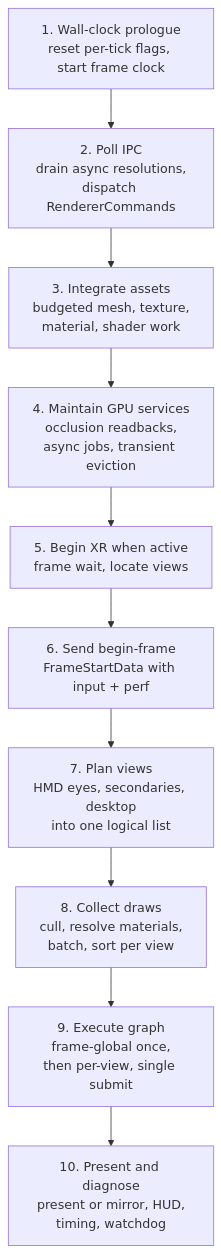
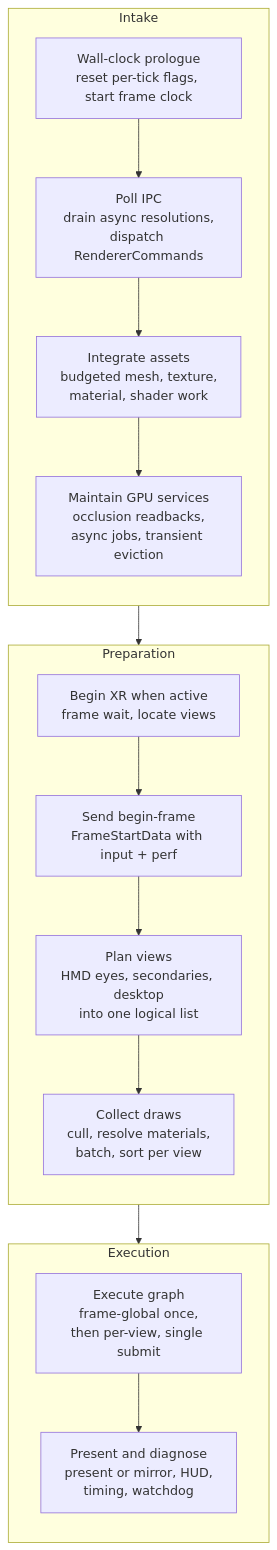
One commit to BlueAmulet/Renderide changed the sixth of 10 diagrams in CONTRIBUTING.md. Above: the diagram before and after it, drawn with Mermaid. The commit also changed other lines of this file, not shown here.

````diff
--- a/CONTRIBUTING.md
+++ b/CONTRIBUTING.md
@@ -410,15 +381,30 @@
 ```mermaid
 flowchart TB
-    P1[1. Wall-clock prologue<br/>reset per-tick flags, start frame clock]
-    P2[2. Poll IPC<br/>drain async resolutions,<br/>dispatch RendererCommands]
-    P3[3. Integrate assets<br/>budgeted mesh, texture,<br/>material, shader work]
-    P4[4. Maintain GPU services<br/>occlusion readbacks,<br/>async jobs, transient eviction]
-    P5[5. Begin XR when active<br/>frame wait, locate views]
-    P6[6. Send begin-frame<br/>FrameStartData with input + perf]
-    P7[7. Plan views<br/>HMD eyes, secondaries, desktop<br/>into one logical list]
-    P8[8. Collect draws<br/>cull, resolve materials,<br/>batch, sort per view]
-    P9[9. Execute graph<br/>frame-global once,<br/>then per-view, single submit]
-    P10[10. Present and diagnose<br/>present or mirror, HUD,<br/>timing, watchdog]
+    subgraph intake[Intake]
+        direction TB
+        P1[Wall-clock prologue<br/>reset per-tick flags, start frame clock]
+        P2[Poll IPC<br/>drain async resolutions,<br/>dispatch RendererCommands]
+        P3[Integrate assets<br/>budgeted mesh, texture,<br/>material, shader work]
+        P4[Maintain GPU services<br/>occlusion readbacks,<br/>async jobs, transient eviction]
+        P1 --> P2 --> P3 --> P4
+    end
 
-    P1 --> P2 --> P3 --> P4 --> P5 --> P6 --> P7 --> P8 --> P9 --> P10
+    subgraph prep[Preparation]
+        direction TB
+        P5[Begin XR when active<br/>frame wait, locate views]
+        P6[Send begin-frame<br/>FrameStartData with input + perf]
+        P7[Plan views<br/>HMD eyes, secondaries, desktop<br/>into one logical list]
+        P8[Collect draws<br/>cull, resolve materials,<br/>batch, sort per view]
+        P5 --> P6 --> P7 --> P8
+    end
+
+    subgraph exec[Execution]
+        direction TB
+        P9[Execute graph<br/>frame-global once,<br/>then per-view, single submit]
+        P10[Present and diagnose<br/>present or mirror, HUD,<br/>timing, watchdog]
+        P9 --> P10
+    end
+
+    intake --> prep
+    prep --> exec
 ```
````
